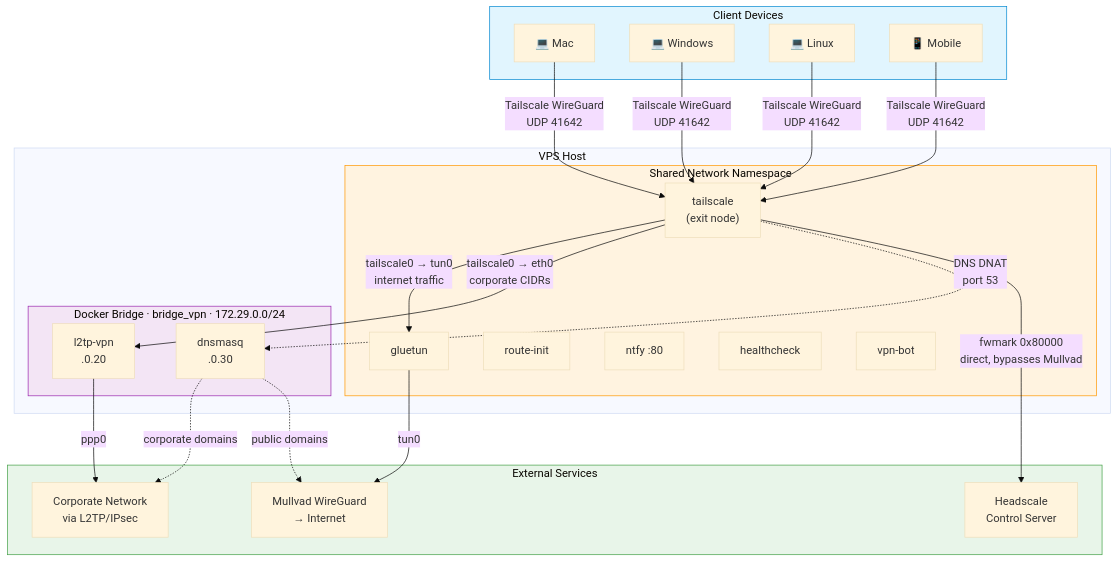
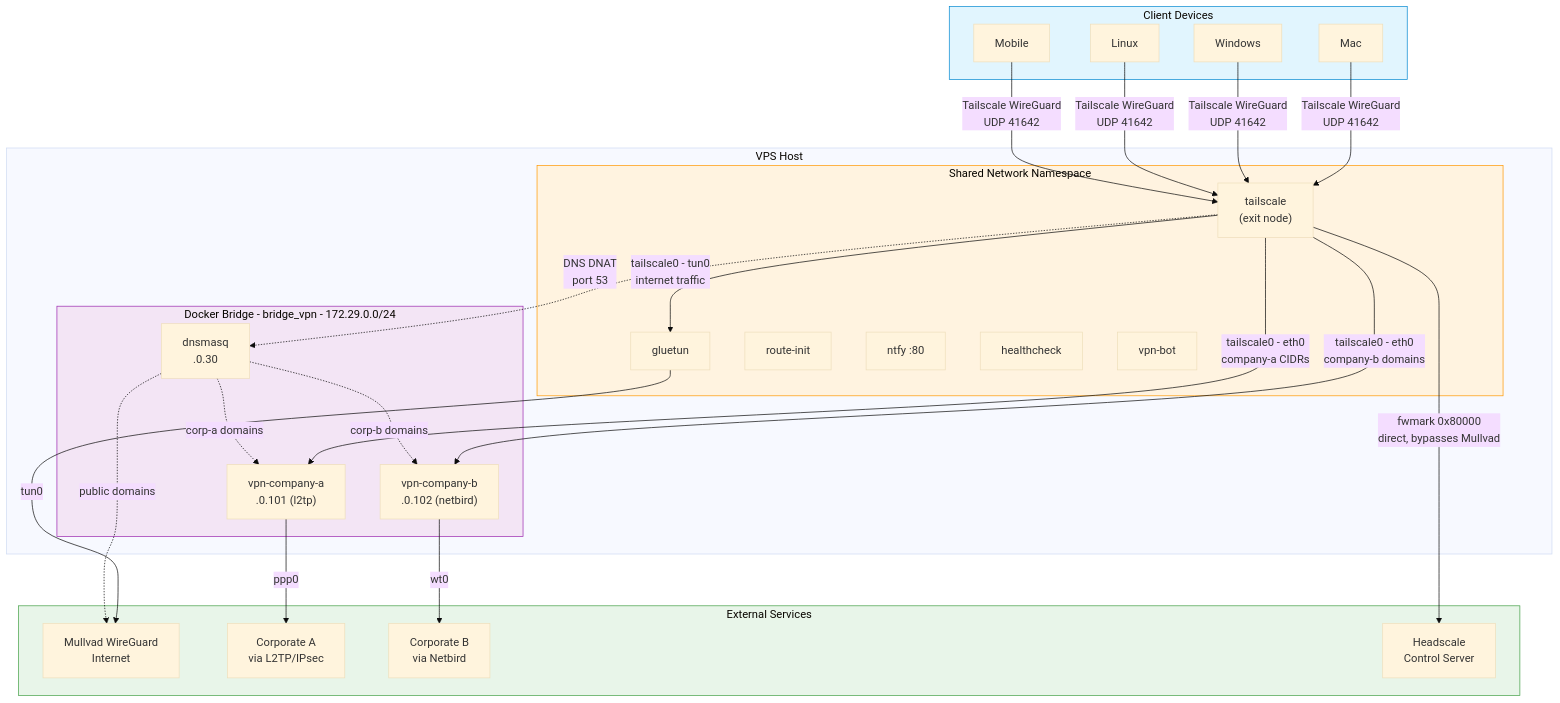
Before and after one commit to povesma/vpn-meshgate: the diagram in README.md, drawn with Mermaid (base theme). The commit also changed other lines of this file and 1 other file, not shown here.

First line of the commit message:
docs: update README and tech design for multi-instance architecture

````diff
--- a/README.md
+++ b/README.md
@@ -38,46 +40,51 @@
 ```mermaid
 graph TB
     subgraph clients["Client Devices"]
-        mac["💻 Mac"]
-        win["💻 Windows"]
-        linux["💻 Linux"]
-        phone["📱 Mobile"]
+        mac["Mac"]
+        win["Windows"]
+        linux["Linux"]
+        phone["Mobile"]
     end
 
     subgraph vps["VPS Host"]
         subgraph ns["Shared Network Namespace"]
             gluetun["gluetun"]
             ts["tailscale<br/>(exit node)"]
             routeinit["route-init"]
             ntfy["ntfy :80"]
             health["healthcheck"]
             bot["vpn-bot"]
         end
 
-        subgraph bridge["Docker Bridge · bridge_vpn · 172.29.0.0/24"]
-            l2tp["l2tp-vpn<br/>.0.20"]
+        subgraph bridge["Docker Bridge - bridge_vpn - 172.29.0.0/24"]
+            vpnA["vpn-company-a<br/>.0.101 (l2tp)"]
+            vpnB["vpn-company-b<br/>.0.102 (netbird)"]
             dnsmasq["dnsmasq<br/>.0.30"]
         end
     end
 
     subgraph external["External Services"]
-        mullvad["Mullvad WireGuard<br/>→ Internet"]
-        corp["Corporate Network<br/>via L2TP/IPsec"]
+        mullvad["Mullvad WireGuard<br/>Internet"]
+        corpA["Corporate A<br/>via L2TP/IPsec"]
+        corpB["Corporate B<br/>via Netbird"]
         headscale["Headscale<br/>Control Server"]
     end
 
     mac & win & linux & phone -->|"Tailscale WireGuard<br/>UDP 41642"| ts
-    ts -->|"tailscale0 → tun0<br/>internet traffic"| gluetun
+    ts -->|"tailscale0 - tun0<br/>internet traffic"| gluetun
     gluetun -->|tun0| mullvad
-    ts -->|"tailscale0 → eth0<br/>corporate CIDRs"| l2tp
-    l2tp -->|ppp0| corp
+    ts -->|"tailscale0 - eth0<br/>company-a CIDRs"| vpnA
+    ts -->|"tailscale0 - eth0<br/>company-b domains"| vpnB
+    vpnA -->|ppp0| corpA
+    vpnB -->|wt0| corpB
     ts -.->|"DNS DNAT<br/>port 53"| dnsmasq
-    dnsmasq -.->|"corporate domains"| corp
+    dnsmasq -.->|"corp-a domains"| vpnA
+    dnsmasq -.->|"corp-b domains"| vpnB
     dnsmasq -.->|"public domains"| mullvad
     ts -->|"fwmark 0x80000<br/>direct, bypasses Mullvad"| headscale
 
     style clients fill:#e1f5fe,stroke:#0288d1
     style ns fill:#fff3e0,stroke:#ff9800
     style bridge fill:#f3e5f5,stroke:#9c27b0
     style external fill:#e8f5e9,stroke:#43a047
 ```
````
